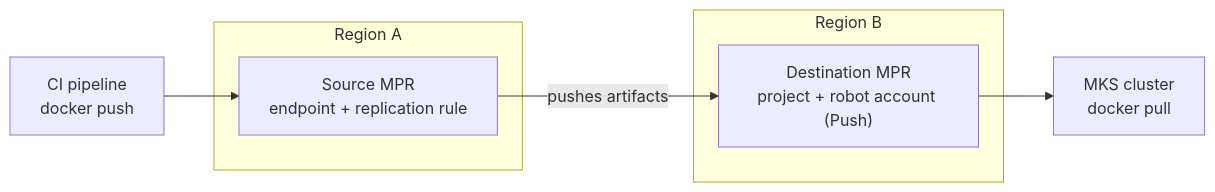
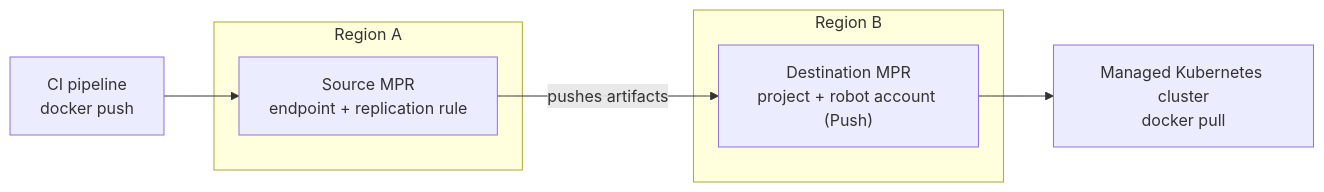
Before and after one commit to ovh/ovhcloud-docs: the first of 2 diagrams in docs/en/guides/public-cloud/containers-orchestration/managed-private-registry/configure-replication.mdx, drawn with Mermaid. The commit also changed other lines of this file and 1 other file, not shown here.

````diff
--- a/docs/en/guides/public-cloud/containers-orchestration/managed-private-registry/configure-replication.mdx
+++ b/docs/en/guides/public-cloud/containers-orchestration/managed-private-registry/configure-replication.mdx
@@ -34,12 +35,12 @@
 ```mermaid
 flowchart LR
     CI["CI pipeline<br/>docker push"] --> SRC
     subgraph A["Region A"]
         SRC["Source MPR<br/>endpoint + replication rule"]
     end
     subgraph B["Region B"]
         DST["Destination MPR<br/>project + robot account (Push)"]
     end
     SRC -- "pushes artifacts" --> DST
-    DST --> K8S["MKS cluster<br/>docker pull"]
+    DST --> K8S["Managed Kubernetes cluster<br/>docker pull"]
 ```
````
